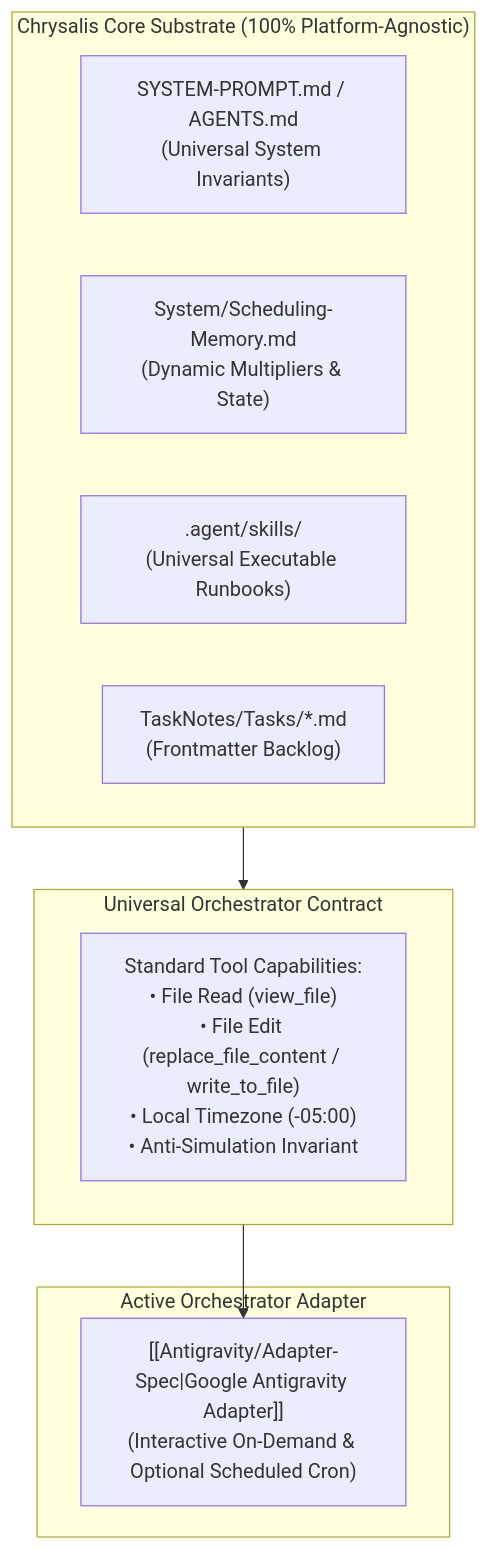
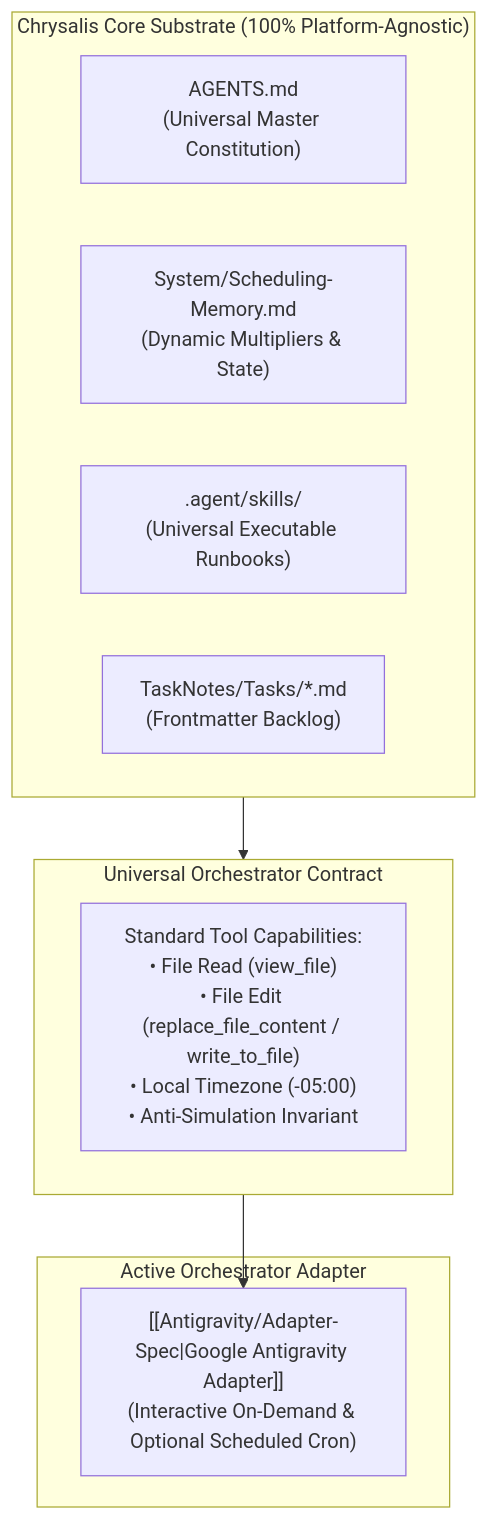
Before and after one commit to tama-gucci/chrysalis: the diagram in System/Orchestrators/README.md, drawn with Mermaid. The commit also changed 34 other files, not shown here.

Commit message:
feat(refactor): consolidate architecture, scripts, nomenclature, and author strategic roadmap

````diff
--- a/System/Orchestrators/README.md
+++ b/System/Orchestrators/README.md
@@ -19,20 +19,20 @@
 ```mermaid
 graph TD
     subgraph Substrate ["Chrysalis Core Substrate (100% Platform-Agnostic)"]
-        Constitution["SYSTEM-PROMPT.md / AGENTS.md<br/>(Universal System Invariants)"]
+        Constitution["AGENTS.md<br/>(Universal Master Constitution)"]
         Memory["System/Scheduling-Memory.md<br/>(Dynamic Multipliers & State)"]
         Skills[".agent/skills/<br/>(Universal Executable Runbooks)"]
         Tasks["TaskNotes/Tasks/*.md<br/>(Frontmatter Backlog)"]
     end
 
     subgraph Contract ["Universal Orchestrator Contract"]
         ContractSpec["Standard Tool Capabilities:<br/>• File Read (view_file)<br/>• File Edit (replace_file_content / write_to_file)<br/>• Local Timezone (-05:00)<br/>• Anti-Simulation Invariant"]
     end
 
     subgraph ActiveAdapter ["Active Orchestrator Adapter"]
         Antigravity["[[Antigravity/Adapter-Spec|Google Antigravity Adapter]]<br/>(Interactive On-Demand & Optional Scheduled Cron)"]
     end
 
     Substrate --> Contract
     Contract --> Antigravity
 ```
````
